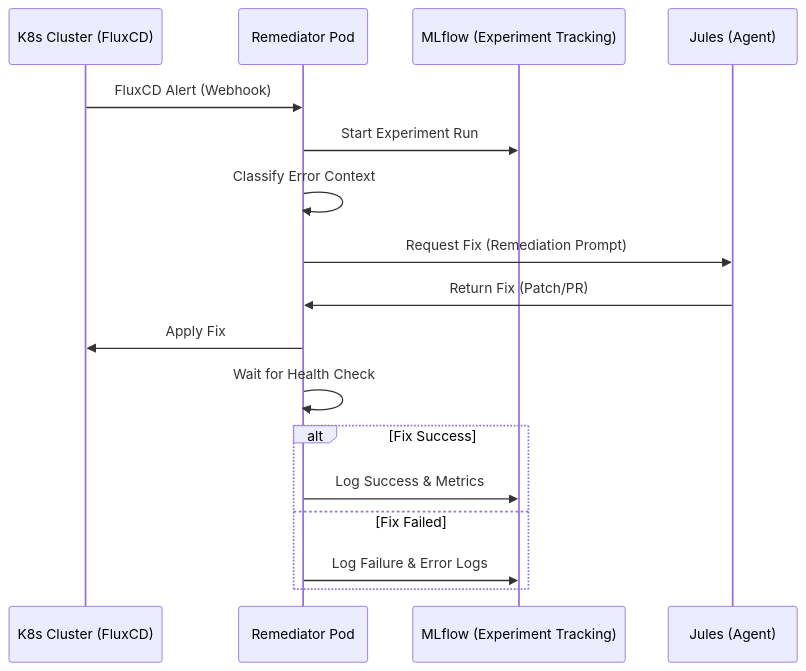
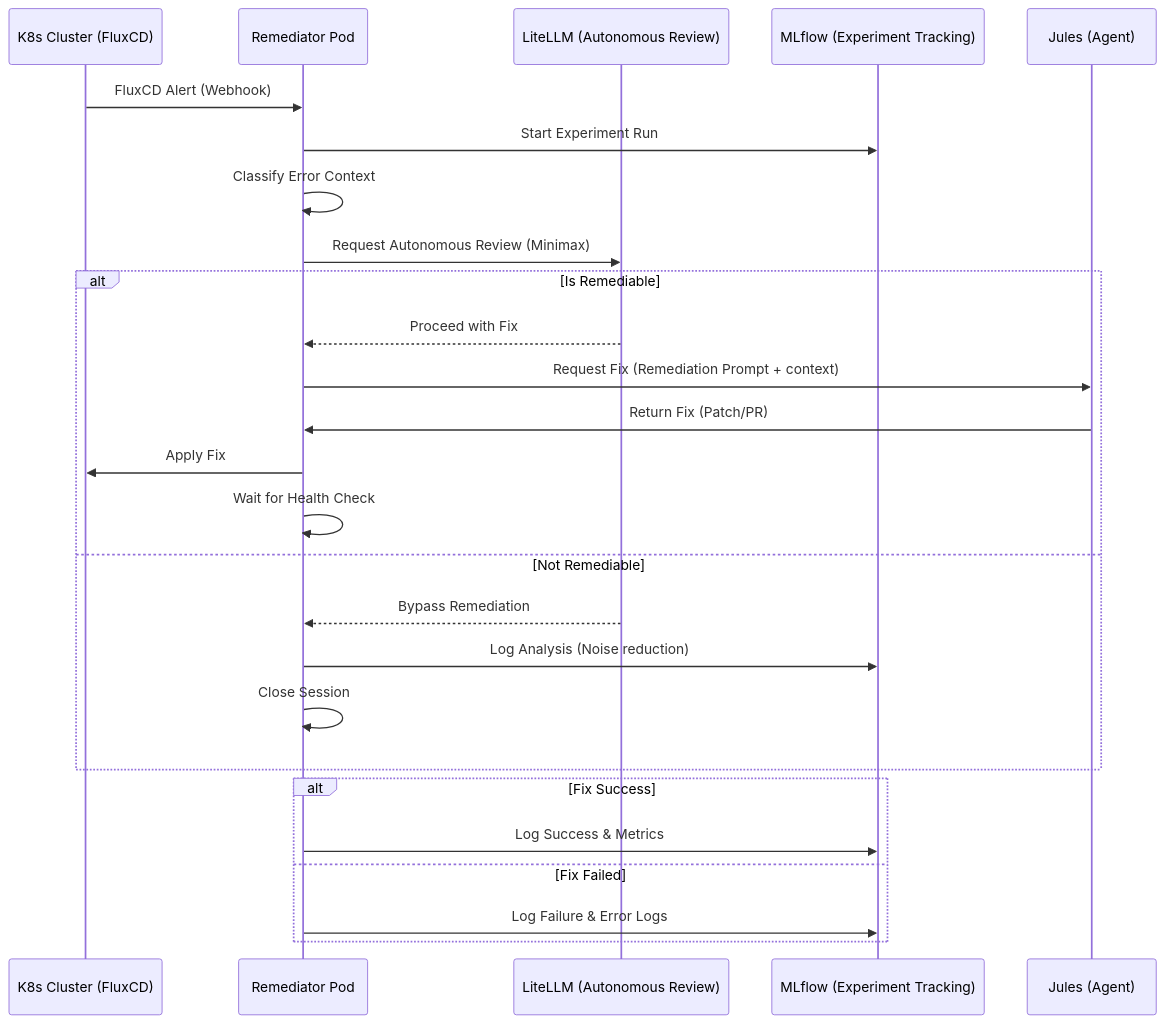
The diagram in wiki/Remediation_Workflow.md (lgcorzo/Jules_remediator), drawn with Mermaid before and after one commit. The commit also changed other lines of this file and 1 other file, not shown here.

Commit message:
docs: document autonomous review feature in readme and wiki

````diff
--- a/wiki/Remediation_Workflow.md
+++ b/wiki/Remediation_Workflow.md
@@ -7,20 +7,30 @@
 ```mermaid
 sequenceDiagram
     participant Cluster as K8s Cluster (FluxCD)
     participant RP as Remediator Pod
+    participant LLM as LiteLLM (Autonomous Review)
     participant ML as MLflow (Experiment Tracking)
     participant J as Jules (Agent)
 
     Cluster->>RP: FluxCD Alert (Webhook)
     RP->>ML: Start Experiment Run
     RP->>RP: Classify Error Context
-    RP->>J: Request Fix (Remediation Prompt)
-    J->>RP: Return Fix (Patch/PR)
-    RP->>Cluster: Apply Fix
-    RP->>RP: Wait for Health Check
+    RP->>LLM: Request Autonomous Review (Minimax)
+    alt Is Remediable
+        LLM-->>RP: Proceed with Fix
+        RP->>J: Request Fix (Remediation Prompt + context)
+        J->>RP: Return Fix (Patch/PR)
+        RP->>Cluster: Apply Fix
+        RP->>RP: Wait for Health Check
+    else Not Remediable
+        LLM-->>RP: Bypass Remediation
+        RP->>ML: Log Analysis (Noise reduction)
+        RP->>RP: Close Session
+    end
+    
     alt Fix Success
         RP->>ML: Log Success & Metrics
     else Fix Failed
         RP->>ML: Log Failure & Error Logs
     end
 ```
````
